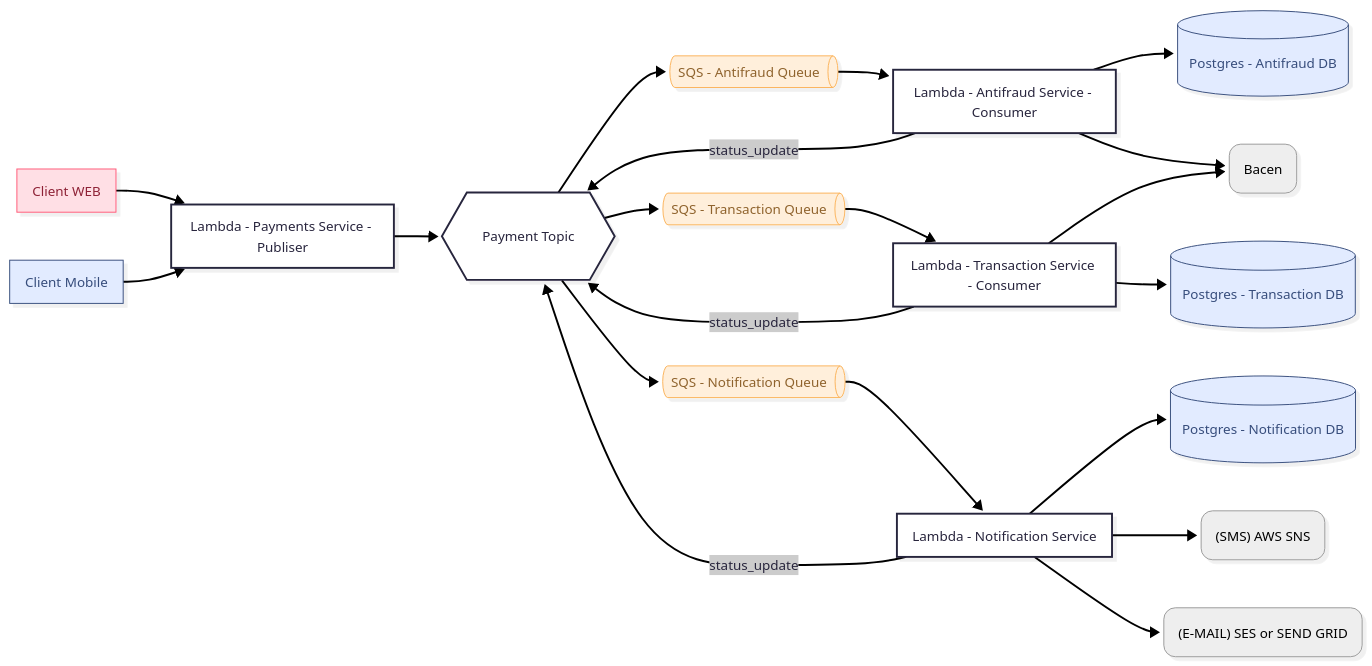
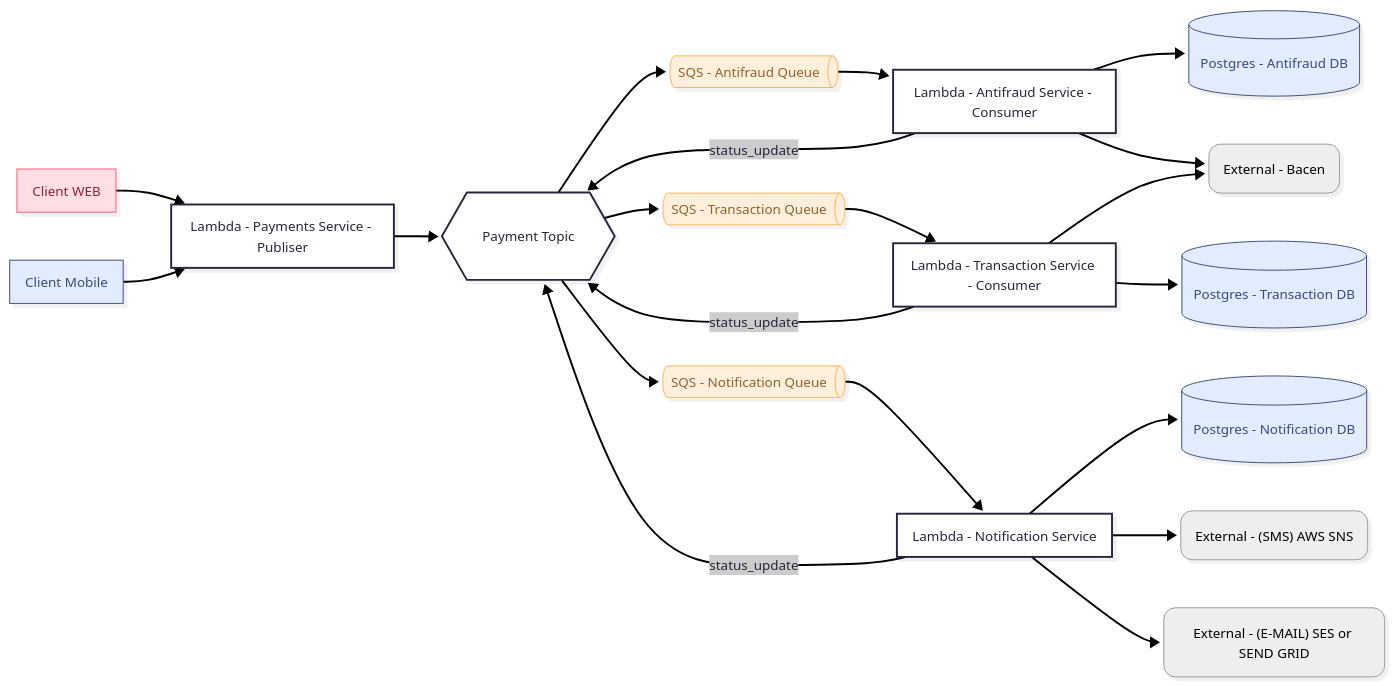
Before and after one commit to dasilvaoscar/concurrency-simulator: the third of 3 diagrams in README.md, drawn with Mermaid.

````diff
--- a/README.md
+++ b/README.md
@@ -75,55 +75,54 @@
 ```mermaid
 ---
 config:
   theme: redux
   layout: dagre
   look: neo
 ---
 flowchart LR
     n1["Lambda - Payments Service - Publiser"] --> n3["Payment Topic"]
     n3 --> n4["SQS - Antifraud Queue"] & n6["SQS - Transaction Queue"] & n15["SQS - Notification Queue"]
     n4 --> n5["Lambda - Antifraud Service - Consumer"]
     n6 --> n7["Lambda - Transaction Service - Consumer"]
     n14["Client WEB"] --> n1
     n15 --> n16["Lambda - Notification Service"]
-    n5 --> n18["Postgres - Antifraud DB"] & n22["Bacen"]
+    n5 --> n18["Postgres - Antifraud DB"] & n22["External - Bacen"]
     n5 -- status_update --> n3
     n7 --> n19["Postgres - Transaction DB"] & n22
     n7 -- status_update --> n3
-    n16 --> n20["Postgres - Notification DB"] & n23["(SMS) AWS SNS"]
+    n16 --> n20["Postgres - Notification DB"] & n23["External - (SMS) AWS SNS"] & n24["External - (E-MAIL) SES or SEND GRID"]
     n16 -- status_update --> n3
     n21["Client Mobile"] --> n1
-    n16 --> n24["(E-MAIL) SES or SEND GRID"]
 
     n1@{ shape: rect}
     n3@{ shape: hex}
     n4@{ shape: h-cyl}
     n6@{ shape: h-cyl}
     n15@{ shape: h-cyl}
     n5@{ shape: rect}
     n7@{ shape: rect}
     n14@{ shape: rect}
     n16@{ shape: rect}
     n18@{ shape: cyl}
     n22@{ shape: rounded}
     n19@{ shape: cyl}
     n20@{ shape: cyl}
-    n21@{ shape: rect}
     n23@{ shape: rounded}
     n24@{ shape: rounded}
+    n21@{ shape: rect}
      n4:::Peach
      n6:::Peach
      n15:::Peach
      n14:::Rose
      n18:::Sky
      n22:::Ash
      n19:::Sky
      n20:::Sky
-     n21:::Sky
      n23:::Ash
      n24:::Ash
+     n21:::Sky
     classDef Rose stroke-width:1px, stroke-dasharray:none, stroke:#FF5978, fill:#FFDFE5, color:#8E2236
     classDef Peach stroke-width:1px, stroke-dasharray:none, stroke:#FBB35A, fill:#FFEFDB, color:#8F632D
     classDef Sky stroke-width:1px, stroke-dasharray:none, stroke:#374D7C, fill:#E2EBFF, color:#374D7C
     classDef Ash stroke-width:1px, stroke-dasharray:none, stroke:#999999, fill:#EEEEEE, color:#000000
 ```
````
